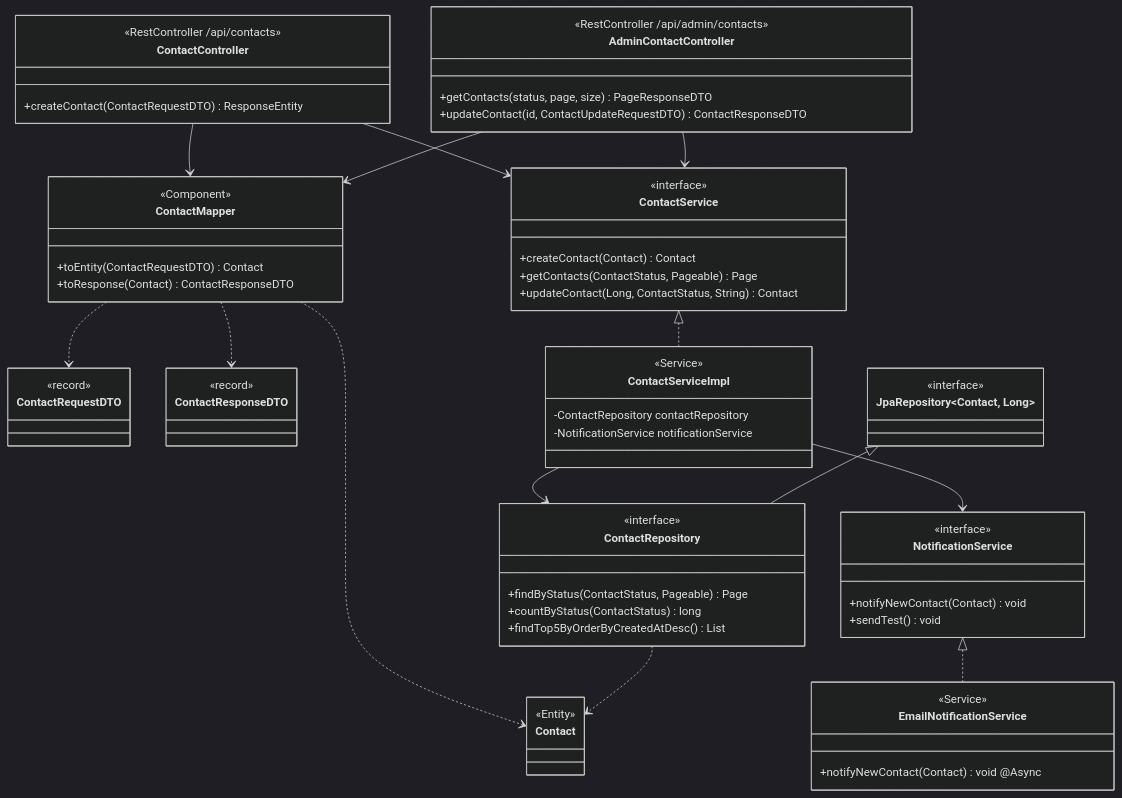
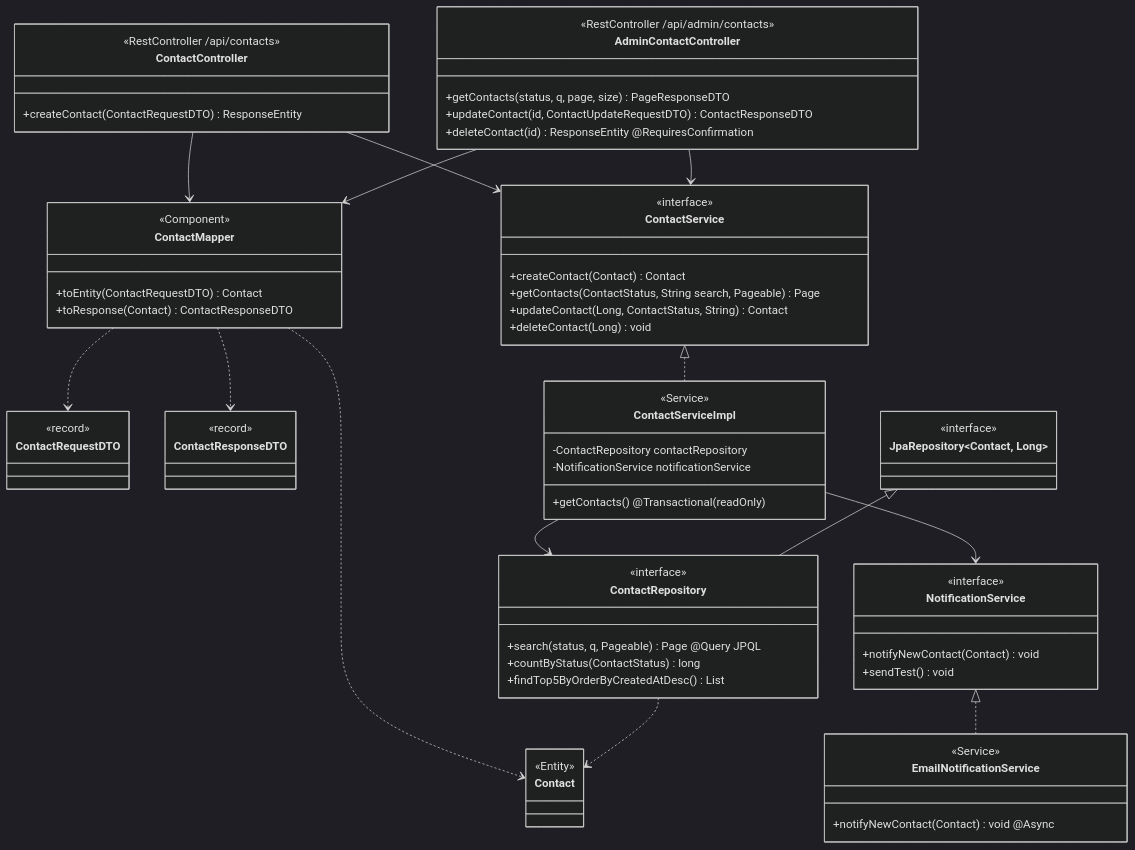
Before and after one commit to lcortes89/BG_SistemasInformaticos_Back: the fourth of 8 diagrams in docs/diagrams.md, drawn with Mermaid (dark theme). The commit also changed other lines of this file, not shown here.

Commit message:
docs: update diagrams with security, search, database and storage changes

````diff
--- a/docs/diagrams.md
+++ b/docs/diagrams.md
@@ -232,70 +325,73 @@
 ```mermaid
 classDiagram
     direction TB
     class ContactController {
         <<RestController /api/contacts>>
         +createContact(ContactRequestDTO) ResponseEntity
     }
     class AdminContactController {
         <<RestController /api/admin/contacts>>
-        +getContacts(status, page, size) PageResponseDTO
+        +getContacts(status, q, page, size) PageResponseDTO
         +updateContact(id, ContactUpdateRequestDTO) ContactResponseDTO
+        +deleteContact(id) ResponseEntity  @RequiresConfirmation
     }
     class ContactMapper {
         <<Component>>
         +toEntity(ContactRequestDTO) Contact
         +toResponse(Contact) ContactResponseDTO
     }
     class ContactRequestDTO {
         <<record>>
     }
     class ContactResponseDTO {
         <<record>>
     }
     class ContactService {
         <<interface>>
         +createContact(Contact) Contact
-        +getContacts(ContactStatus, Pageable) Page
+        +getContacts(ContactStatus, String search, Pageable) Page
         +updateContact(Long, ContactStatus, String) Contact
+        +deleteContact(Long) void
     }
     class ContactServiceImpl {
         <<Service>>
         -ContactRepository contactRepository
         -NotificationService notificationService
+        +getContacts() @Transactional(readOnly)
     }
     class ContactRepository {
         <<interface>>
-        +findByStatus(ContactStatus, Pageable) Page
+        +search(status, q, Pageable) Page  @Query JPQL
         +countByStatus(ContactStatus) long
         +findTop5ByOrderByCreatedAtDesc() List
     }
     class JpaRepository~Contact, Long~ {
         <<interface>>
     }
     class NotificationService {
         <<interface>>
         +notifyNewContact(Contact) void
         +sendTest() void
     }
     class EmailNotificationService {
         <<Service>>
         +notifyNewContact(Contact) void  @Async
     }
     class Contact {
         <<Entity>>
     }
 
     ContactController --> ContactService
     ContactController --> ContactMapper
     AdminContactController --> ContactService
     AdminContactController --> ContactMapper
     ContactMapper ..> ContactRequestDTO
     ContactMapper ..> ContactResponseDTO
     ContactMapper ..> Contact
     ContactService <|.. ContactServiceImpl
     ContactServiceImpl --> ContactRepository
     ContactServiceImpl --> NotificationService
     NotificationService <|.. EmailNotificationService
     JpaRepository <|-- ContactRepository
     ContactRepository ..> Contact
 ```
````
